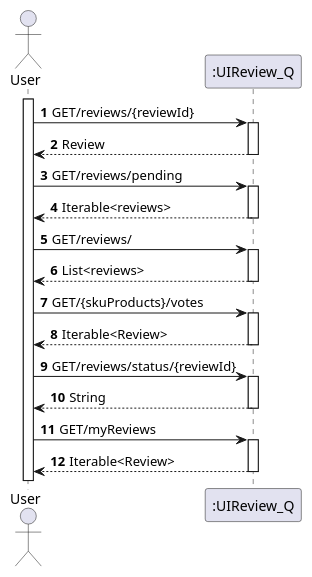
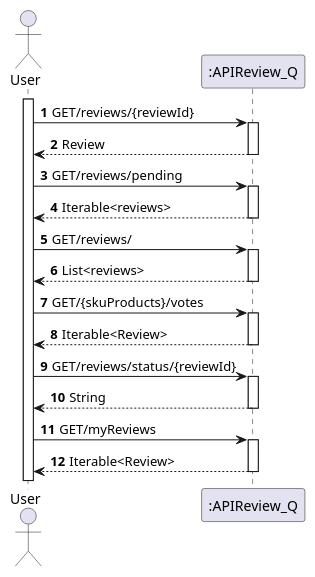
The diagram in Review1_Q/Documentação/N1/Review.puml (1201441BrunoPereira/Trabalho2Reviews), drawn with PlantUML before and after one commit. The commit also changed 1 other file, not shown here.

```diff
--- a/Review1_Q/Documentação/N1/Review.puml
+++ b/Review1_Q/Documentação/N1/Review.puml
@@ -1,26 +1,26 @@
 @startuml
 'https://plantuml.com/sequence-diagram
 
 autonumber
 
 autoactivate on
 autonumber
 
 actor "User" as User
-participant ":UIReview_Q" as rev1
+participant ":APIReview_Q" as rev1
 
 activate User
 
 User -> rev1: GET/reviews/{reviewId}
 rev1 --> User: Review
 User -> rev1: GET/reviews/pending
 rev1 --> User: Iterable<reviews>
 User -> rev1: GET/reviews/
 rev1 --> User: List<reviews>
 User -> rev1: GET/{skuProducts}/votes
 rev1 --> User: Iterable<Review>
 User -> rev1: GET/reviews/status/{reviewId}
 rev1 --> User: String
 User -> rev1: GET/myReviews
 rev1 --> User: Iterable<Review>
 @enduml
```
